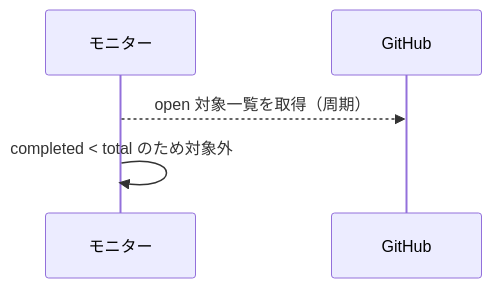
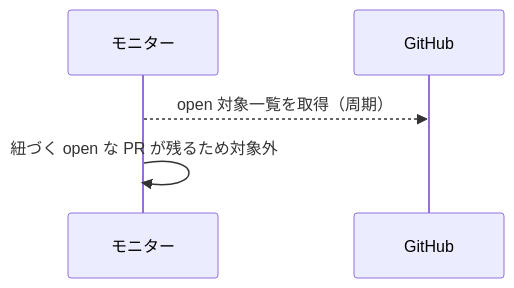
One commit to shuhei1101/ai-monitor changed the second of 3 diagrams in docs/wiki/設計図/インターフェース定義/バックエンド/intake自動クローズ.py.md. Above: the diagram before and after it, drawn with Mermaid. The commit also changed other lines of this file and 256 other files, not shown here.

````diff
--- a/docs/wiki/設計図/インターフェース定義/バックエンド/intake自動クローズ.py.md
+++ b/docs/wiki/設計図/インターフェース定義/バックエンド/intake自動クローズ.py.md
@@ -64,8 +64,8 @@
 ```mermaid
 sequenceDiagram
   participant MON as モニター
   participant GH as GitHub
 
   MON-->>GH: open 対象一覧を取得（周期）
-  MON->>MON: completed < total のため対象外
+  MON->>MON: 紐づく open な PR が残るため対象外
 ```
````
